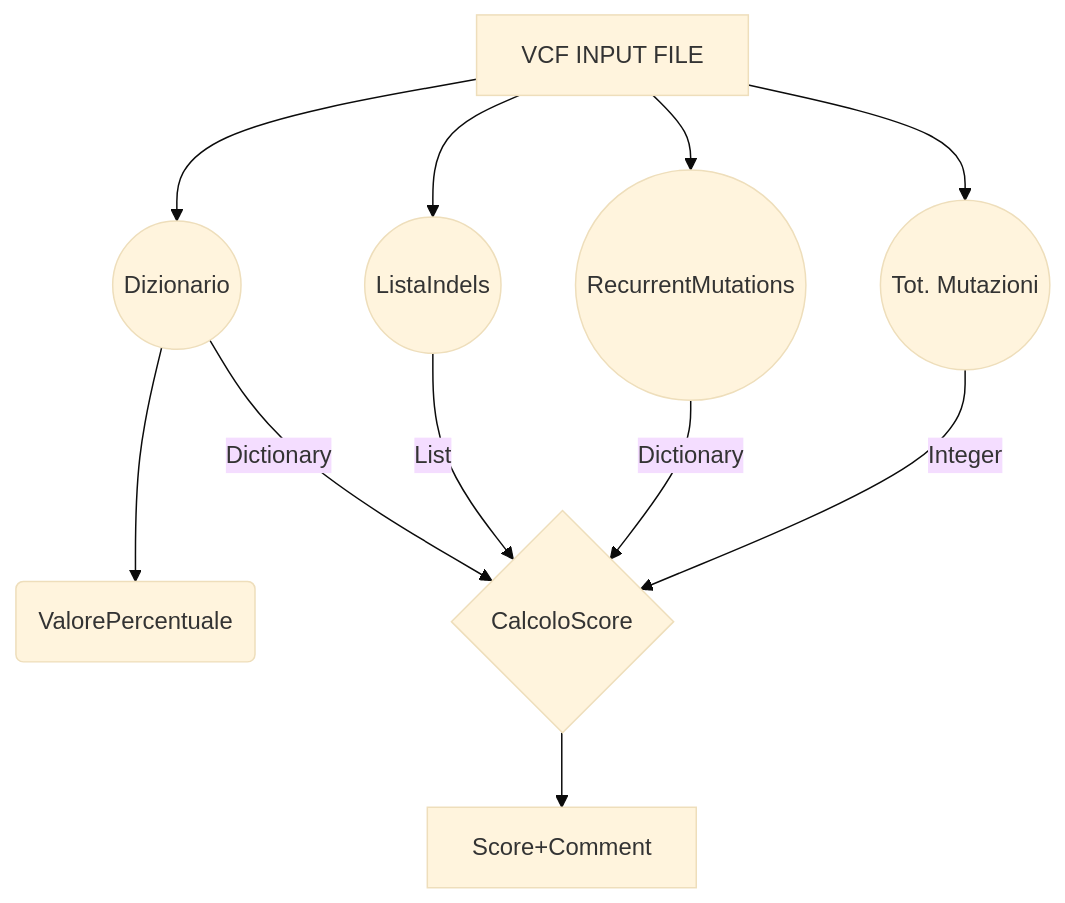
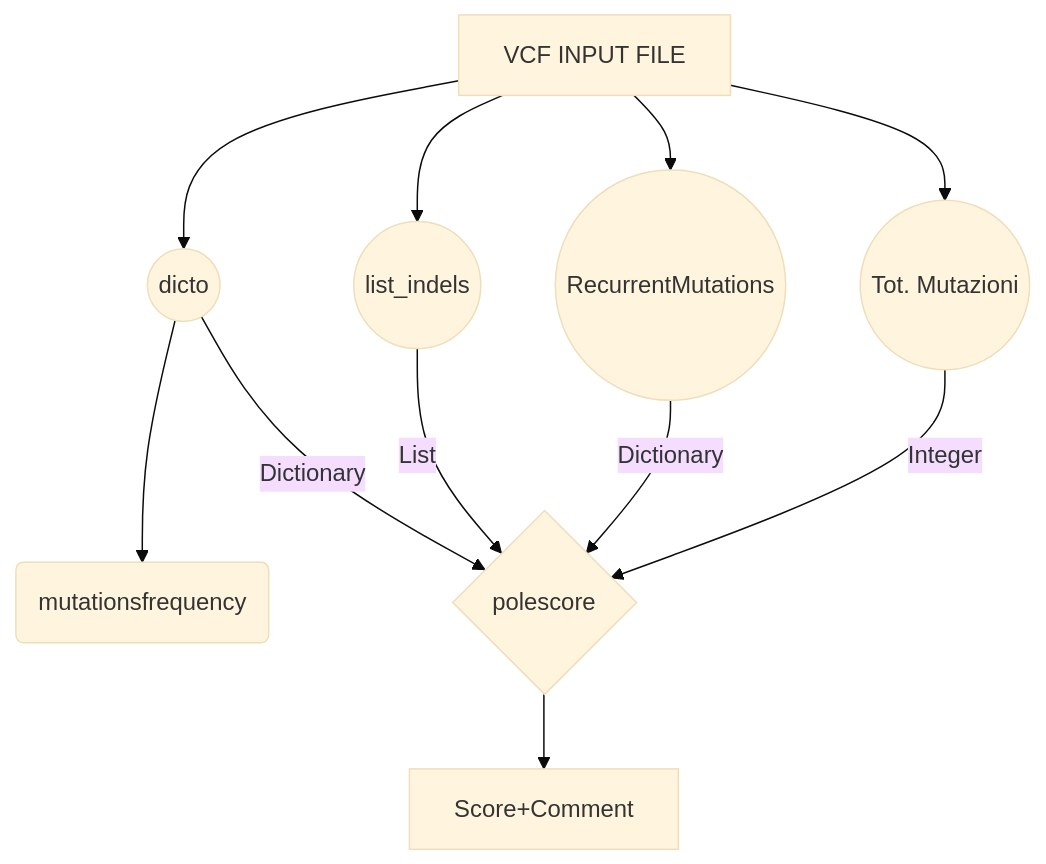
The first of 2 diagrams in README.md (bioinformatics-policlinicogemelli/POLE), drawn with Mermaid (base theme) before and after one commit. The commit also changed other lines of this file, not shown here.

````diff
--- a/README.md
+++ b/README.md
@@ -56,12 +55,12 @@
 ```mermaid
 graph TD
-A[VCF INPUT FILE] --> B((Dizionario))
+A[VCF INPUT FILE] --> B((dicto))
 A --> D((Tot. Mutazioni))
-A --> C((ListaIndels))
+A --> C((list_indels))
 A --> R((RecurrentMutations))
-B --> F(ValorePercentuale)
-B -- Dictionary--> E{CalcoloScore}
+B --> F(mutationsfrequency)
+B -- Dictionary--> E{polescore}
 C -- List --> E
 R -- Dictionary --> E
 D -- Integer --> E --> Score+Comment
 ```
````
